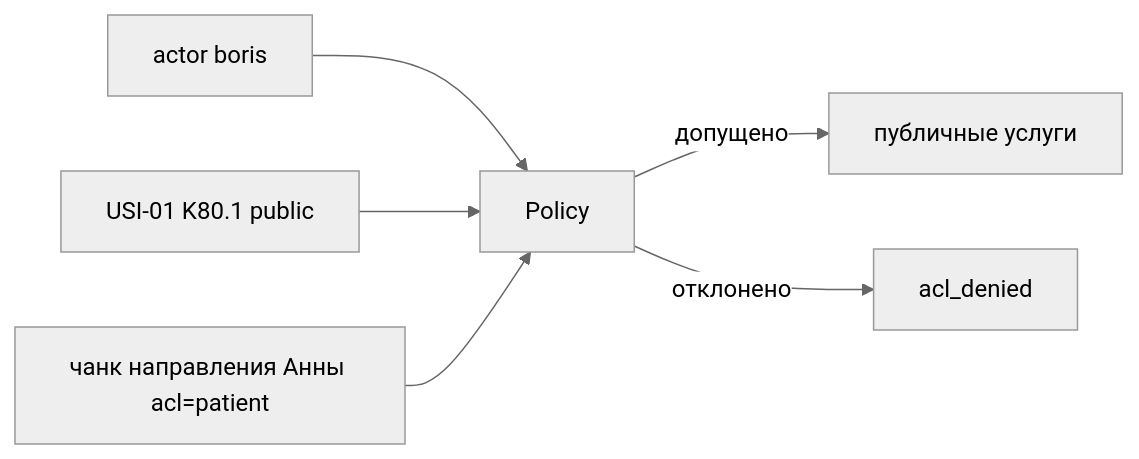
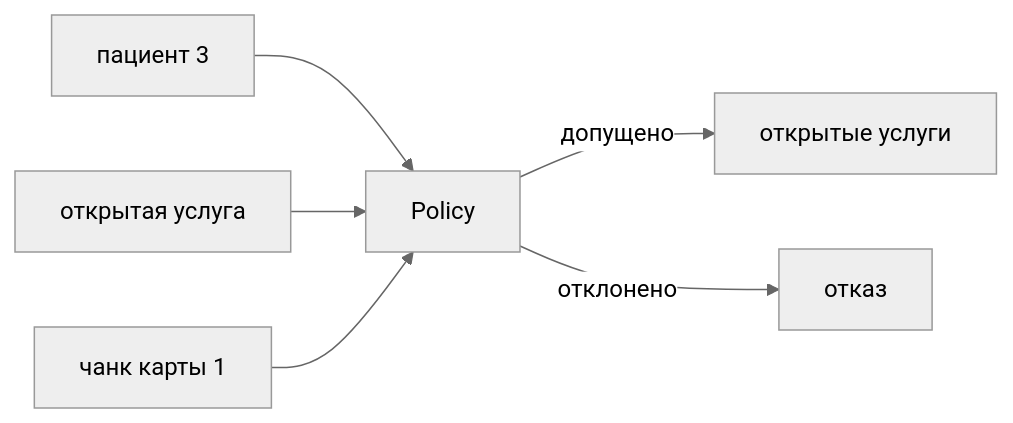
Before and after one commit to divisee/otus-ai-architect: diagram 11 of 11 in final-project/README.md, drawn with Mermaid (neutral theme). The commit also changed other lines of this file and 13 other files, not shown here.

````diff
--- a/final-project/README.md
+++ b/final-project/README.md
@@ -912,8 +912,8 @@
 ```mermaid
 flowchart LR
-    Boris[actor boris] --> Pol[Policy]
-    Pub[USI-01 K80.1 public] --> Pol
-    Hidden[чанк направления Анны acl=patient] --> Pol
-    Pol -->|допущено| Out[публичные услуги]
-    Pol -->|отклонено| Deny[acl_denied]
+    P3[пациент 3] --> Pol[Policy]
+    Pub[открытая услуга] --> Pol
+    Hidden[чанк карты 1] --> Pol
+    Pol -->|допущено| Out[открытые услуги]
+    Pol -->|отклонено| Deny[отказ]
 ```
````
